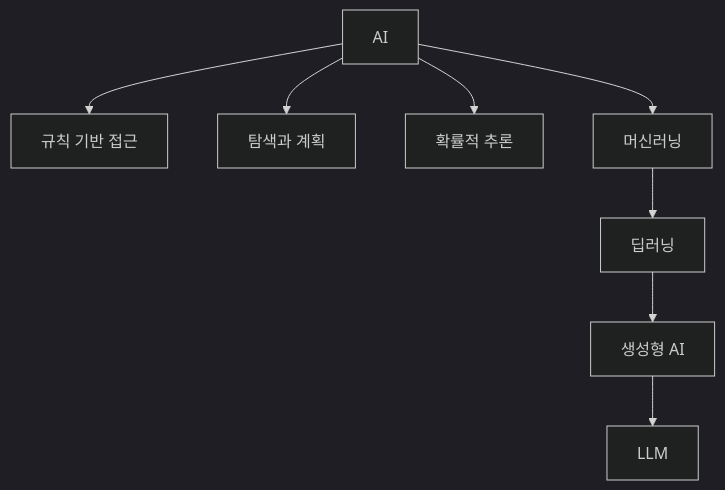
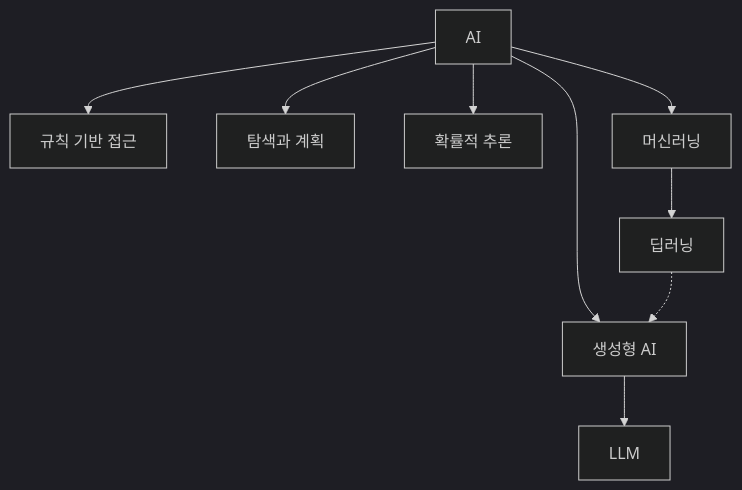
Before and after one commit to devchan64/AiBook: the diagram in docs/chapters/chapter-01/section-01.md, drawn with Mermaid (dark theme). The commit also changed other lines of this file and 4 other files, not shown here.

````diff
--- a/docs/chapters/chapter-01/section-01.md
+++ b/docs/chapters/chapter-01/section-01.md
@@ -63,19 +67,20 @@
 ```mermaid
 flowchart TD
   AI[AI]
   Rule[규칙 기반 접근]
   Search[탐색과 계획]
   Prob[확률적 추론]
   ML[머신러닝]
   DL[딥러닝]
   Gen[생성형 AI]
   LLM[LLM]
 
   AI --> Rule
   AI --> Search
   AI --> Prob
   AI --> ML
   ML --> DL
-  DL --> Gen
+  AI --> Gen
+  DL -.-> Gen
   Gen --> LLM
 ```
````
